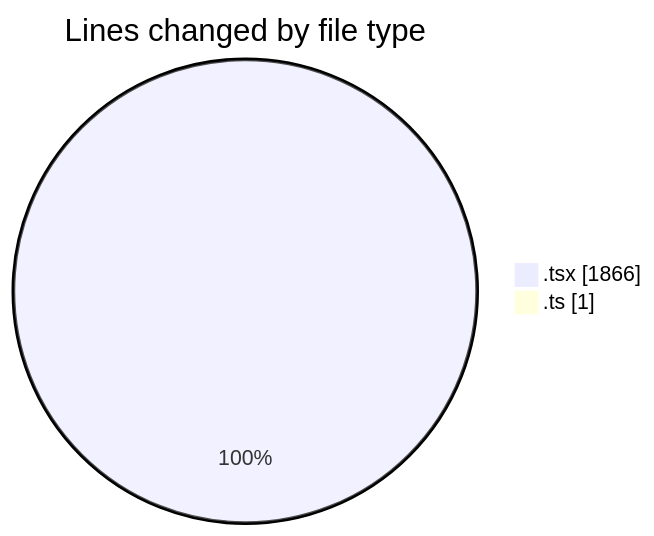
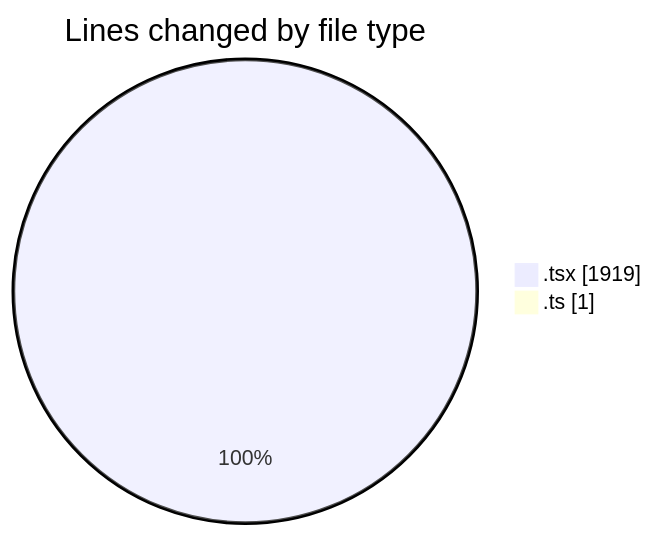
Before and after one commit to robertbonfada/code-tracking: the first of 2 diagrams in 2025-03-08/mbc-web/README.md, drawn with Mermaid. The commit also changed other lines of this file and 1 other file, not shown here.

````diff
--- a/2025-03-08/mbc-web/README.md
+++ b/2025-03-08/mbc-web/README.md
@@ -28,6 +28,6 @@
 ```mermaid
 pie showData
 title Lines changed by file type
-".tsx" : 1866
+".tsx" : 1919
 ".ts" : 1
 ```
````
